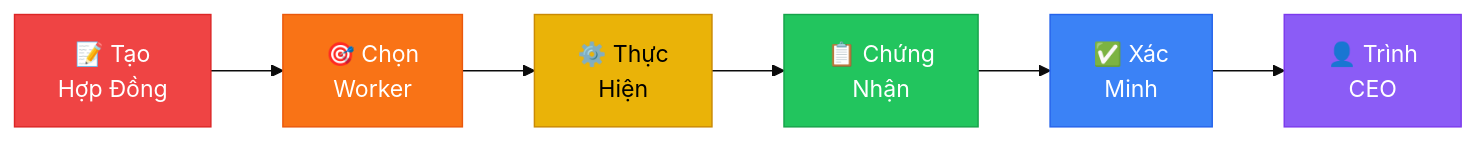
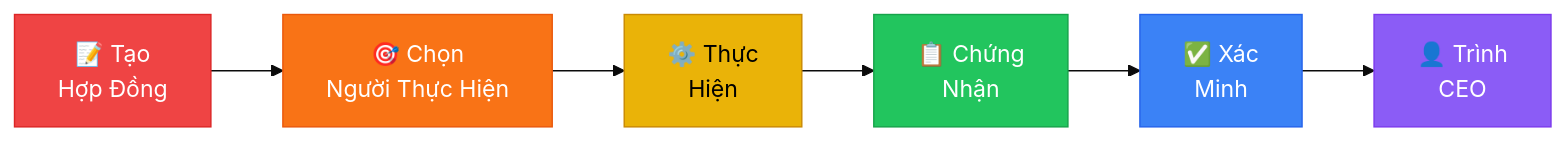
Before and after one commit to xaotiensinh-abm/abm-workforce: the third of 5 diagrams in README.md, drawn with Mermaid (base theme). The commit also changed other lines of this file, not shown here.

````diff
--- a/README.md
+++ b/README.md
@@ -145,15 +151,15 @@
 ```mermaid
 flowchart LR
-    A["📝 Tạo<br/>Hợp Đồng"] --> B["🎯 Chọn<br/>Worker"]
+    A["📝 Tạo<br/>Hợp Đồng"] --> B["🎯 Chọn<br/>Người Thực Hiện"]
     B --> C["⚙️ Thực<br/>Hiện"]
     C --> D["📋 Chứng<br/>Nhận"]
     D --> E["✅ Xác<br/>Minh"]
     E --> F["👤 Trình<br/>CEO"]
 
     style A fill:#ef4444,stroke:#dc2626,color:#fff
     style B fill:#f97316,stroke:#ea580c,color:#fff
     style C fill:#eab308,stroke:#ca8a04,color:#000
     style D fill:#22c55e,stroke:#16a34a,color:#fff
     style E fill:#3b82f6,stroke:#2563eb,color:#fff
     style F fill:#8b5cf6,stroke:#7c3aed,color:#fff
 ```
````
